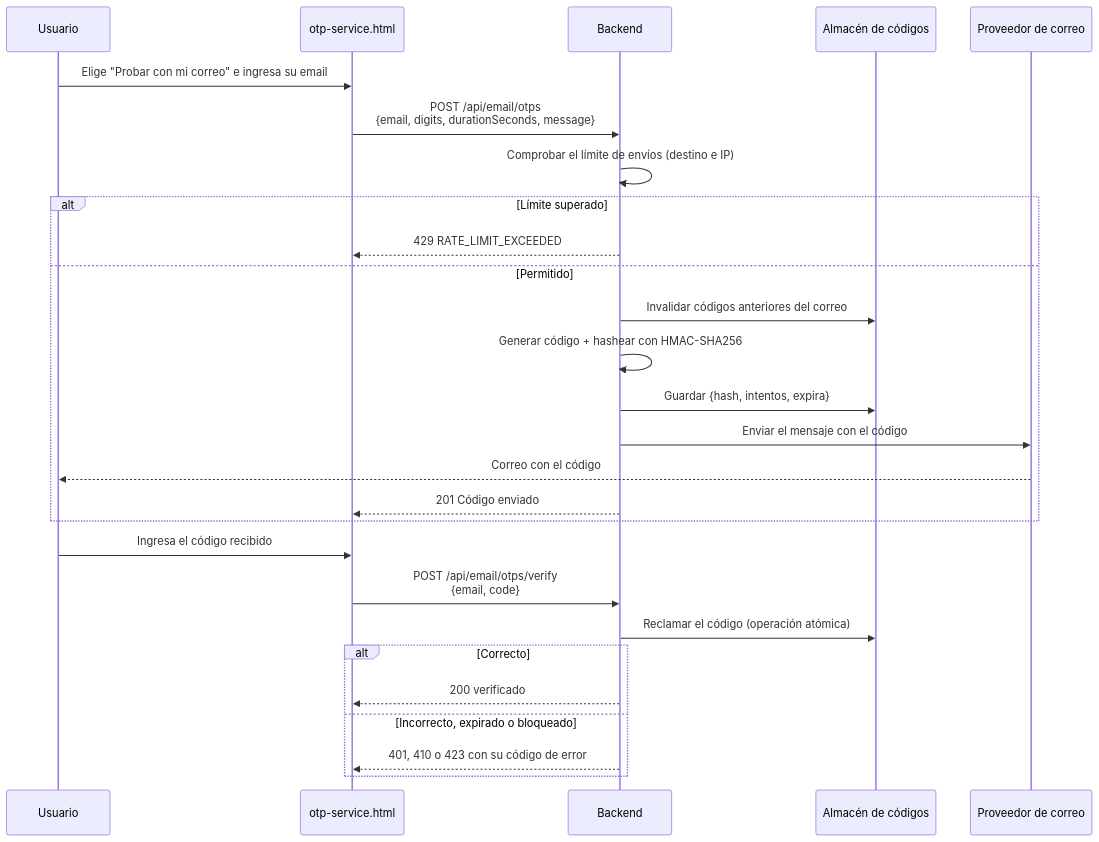
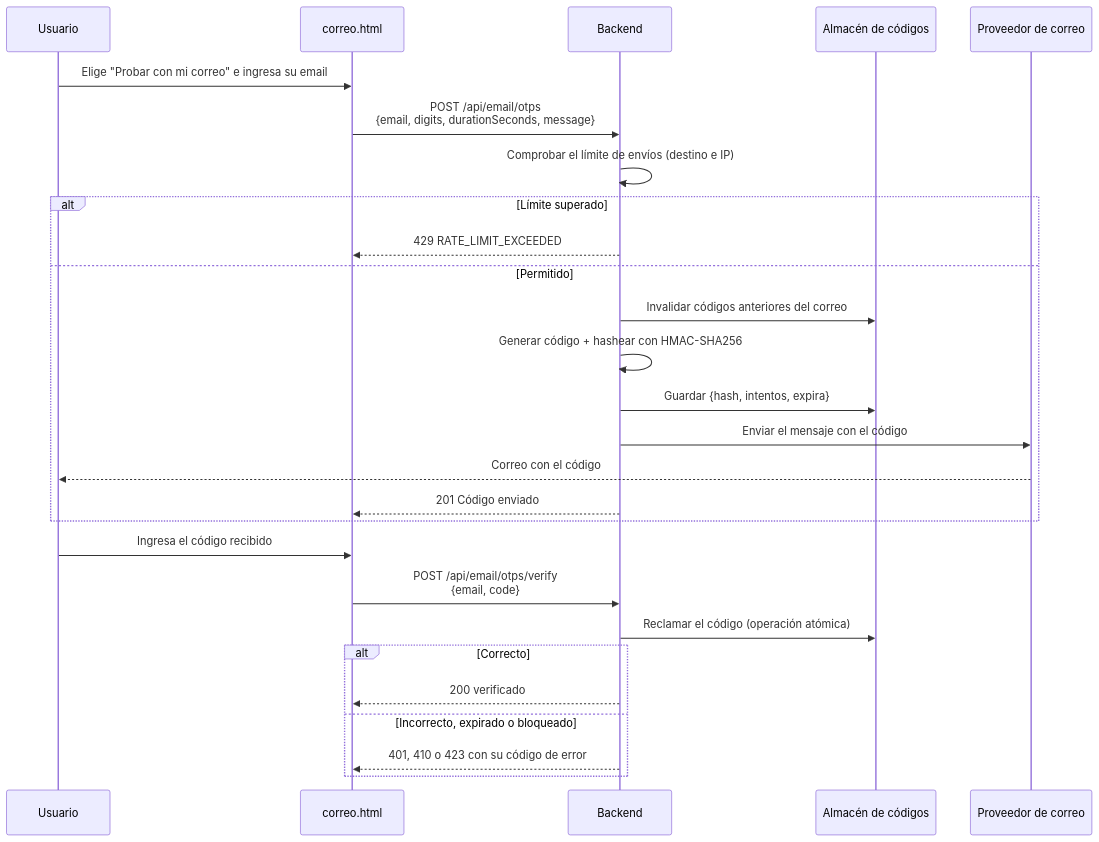
One commit to JoshRivas313/OTP-Service changed the third of 3 diagrams in README.md. Above: the diagram before and after it, drawn with Mermaid. The commit also changed other lines of this file and 5 other files, not shown here.

Commit message:
docs: update README and architecture for the new protocols, channels and error codes

````diff
--- a/README.md
+++ b/README.md
@@ -857,31 +796,31 @@
 ```mermaid
 sequenceDiagram
     participant Usuario
-    participant otp-service.html
+    participant correo.html
     participant Backend
     participant Store as Almacén de códigos
     participant Correo as Proveedor de correo
 
-    Usuario->>otp-service.html: Elige "Probar con mi correo" e ingresa su email
-    otp-service.html->>Backend: POST /api/email/otps<br/>{email, digits, durationSeconds, message}
+    Usuario->>correo.html: Elige "Probar con mi correo" e ingresa su email
+    correo.html->>Backend: POST /api/email/otps<br/>{email, digits, durationSeconds, message}
     Backend->>Backend: Comprobar el límite de envíos (destino e IP)
     alt Límite superado
-        Backend-->>otp-service.html: 429 RATE_LIMIT_EXCEEDED
+        Backend-->>correo.html: 429 RATE_LIMIT_EXCEEDED
     else Permitido
         Backend->>Store: Invalidar códigos anteriores del correo
         Backend->>Backend: Generar código + hashear con HMAC-SHA256
         Backend->>Store: Guardar {hash, intentos, expira}
         Backend->>Correo: Enviar el mensaje con el código
         Correo-->>Usuario: Correo con el código
-        Backend-->>otp-service.html: 201 Código enviado
+        Backend-->>correo.html: 201 Código enviado
     end
 
-    Usuario->>otp-service.html: Ingresa el código recibido
-    otp-service.html->>Backend: POST /api/email/otps/verify<br/>{email, code}
+    Usuario->>correo.html: Ingresa el código recibido
+    correo.html->>Backend: POST /api/email/otps/verify<br/>{email, code}
     Backend->>Store: Reclamar el código (operación atómica)
     alt Correcto
-        Backend-->>otp-service.html: 200 verificado
+        Backend-->>correo.html: 200 verificado
     else Incorrecto, expirado o bloqueado
-        Backend-->>otp-service.html: 401, 410 o 423 con su código de error
+        Backend-->>correo.html: 401, 410 o 423 con su código de error
     end
 ```
````
